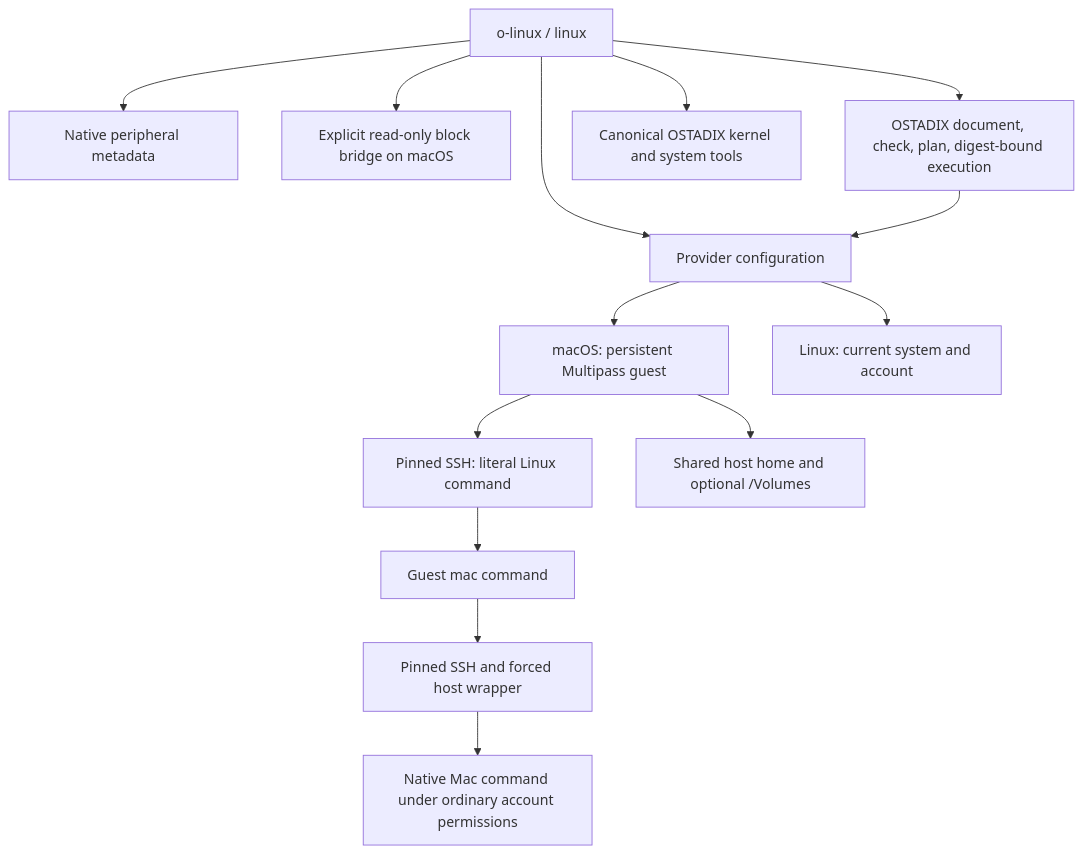
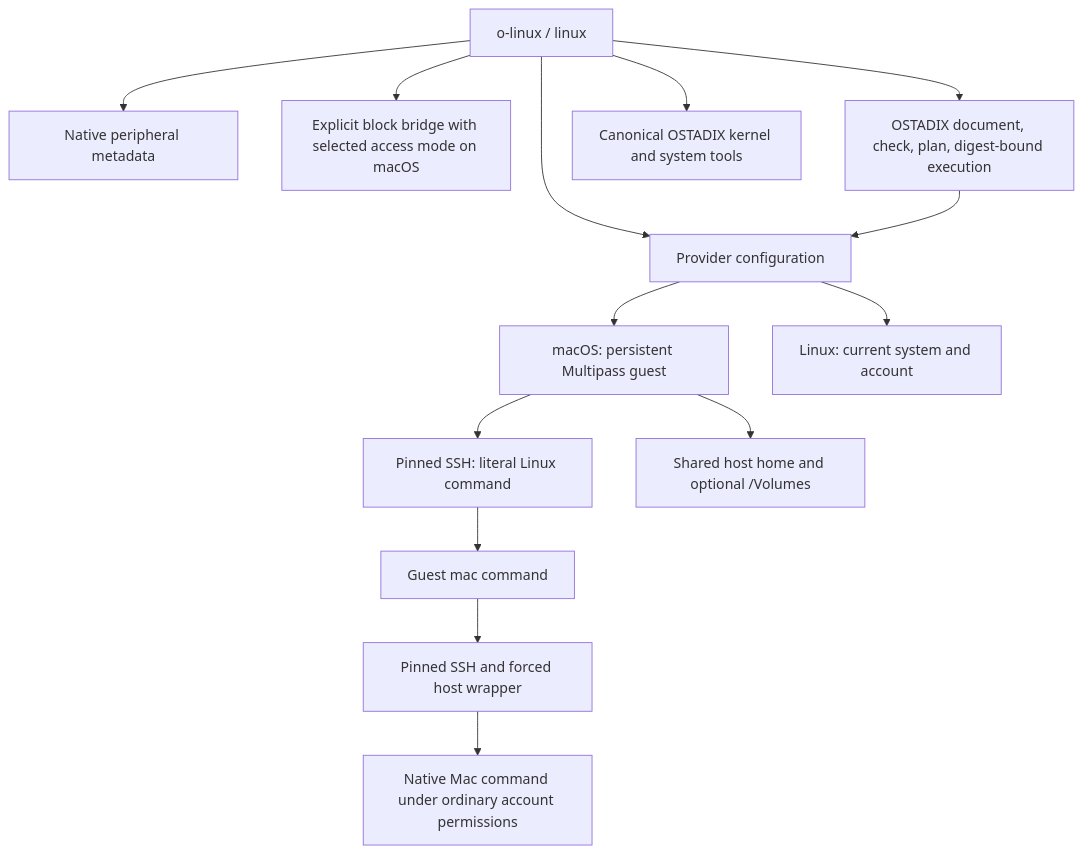
Before and after one commit to lostadi/o-linux: the diagram in docs/architecture.md, drawn with Mermaid. The commit also changed other lines of this file and 14 other files, not shown here.

Commit message:
Add persistent read-write storage modes and complete shared file access

````diff
--- a/docs/architecture.md
+++ b/docs/architecture.md
@@ -5,16 +5,16 @@
 ```mermaid
 flowchart TD
     CLI["o-linux / linux"] --> P["Provider configuration"]
     P --> M["macOS: persistent Multipass guest"]
     P --> N["Linux: current system and account"]
     M --> S["Pinned SSH: literal Linux command"]
     M --> F["Shared host home and optional /Volumes"]
     S --> G["Guest mac command"]
     G --> H["Pinned SSH and forced host wrapper"]
     H --> A["Native Mac command under ordinary account permissions"]
     CLI --> I["Native peripheral metadata"]
-    CLI --> B["Explicit read-only block bridge on macOS"]
+    CLI --> B["Explicit block bridge with selected access mode on macOS"]
     CLI --> O["OSTADIX document, check, plan, digest-bound execution"]
     O --> P
     CLI --> K["Canonical OSTADIX kernel and system tools"]
 ```
````
